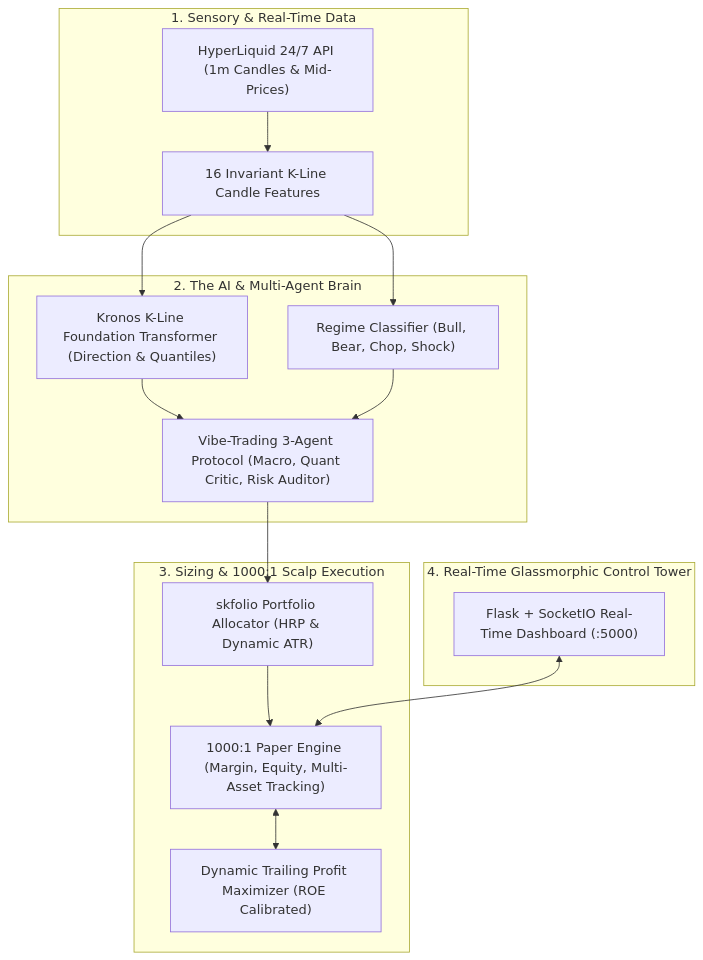
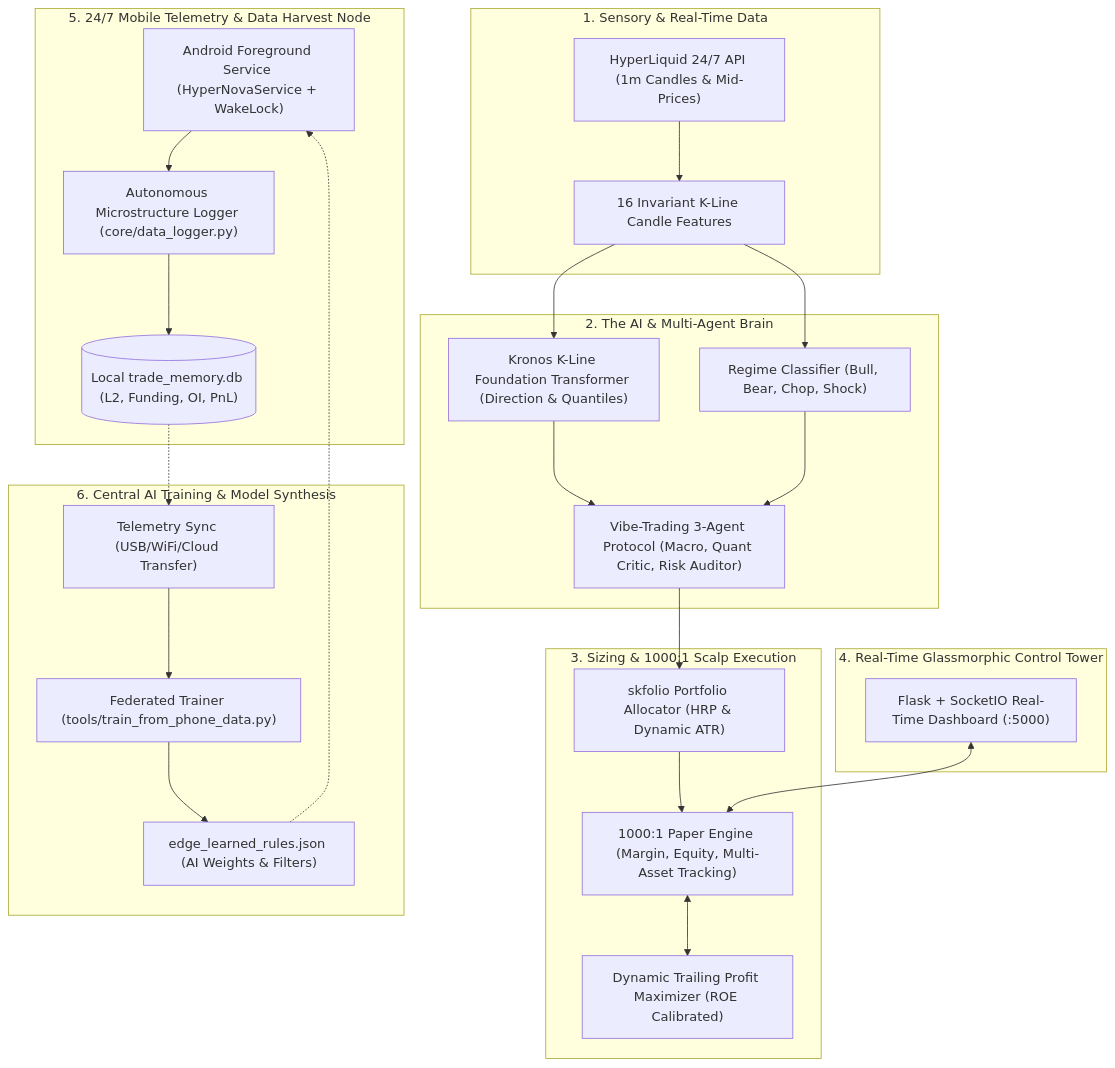
One commit to emirgocuk/HyperNova changed the diagram in memory-bank/systemPatterns.md. Above: the diagram before and after it, drawn with Mermaid. The commit also changed other lines of this file and 10 other files, not shown here.

````diff
--- a/memory-bank/systemPatterns.md
+++ b/memory-bank/systemPatterns.md
@@ -7,31 +7,52 @@
 ```mermaid
 flowchart TD
     subgraph Sensory_Data ["1. Sensory & Real-Time Data"]
         HyperLiquid_Stream["HyperLiquid 24/7 API (1m Candles & Mid-Prices)"]
         FeatureExtractor["16 Invariant K-Line Candle Features"]
         HyperLiquid_Stream --> FeatureExtractor
     end
 
     subgraph The_Brain ["2. The AI & Multi-Agent Brain"]
         Kronos["Kronos K-Line Foundation Transformer (Direction & Quantiles)"]
         Regime["Regime Classifier (Bull, Bear, Chop, Shock)"]
         Vibe_Deliberation["Vibe-Trading 3-Agent Protocol (Macro, Quant Critic, Risk Auditor)"]
         FeatureExtractor --> Kronos
         FeatureExtractor --> Regime
         Kronos & Regime --> Vibe_Deliberation
     end
 
     subgraph Portfolio_Execution ["3. Sizing & 1000:1 Scalp Execution"]
         Skfolio_Alloc["skfolio Portfolio Allocator (HRP & Dynamic ATR)"]
         Paper_Account["1000:1 Paper Engine (Margin, Equity, Multi-Asset Tracking)"]
         Trailing_Engine["Dynamic Trailing Profit Maximizer (ROE Calibrated)"]
         Vibe_Deliberation --> Skfolio_Alloc
         Skfolio_Alloc --> Paper_Account
         Paper_Account <--> Trailing_Engine
     end
 
+
     subgraph Control_Tower ["4. Real-Time Glassmorphic Control Tower"]
         Dashboard["Flask + SocketIO Real-Time Dashboard (:5000)"]
         Dashboard <--> Paper_Account
     end
+
+    subgraph Edge_Mobile_Collector ["5. 24/7 Mobile Telemetry & Data Harvest Node"]
+        Phone_Service["Android Foreground Service (HyperNovaService + WakeLock)"]
+        Data_Logger["Autonomous Microstructure Logger (core/data_logger.py)"]
+        Local_DB[("Local trade_memory.db (L2, Funding, OI, PnL)")]
+        
+        Phone_Service --> Data_Logger
+        Data_Logger --> Local_DB
+    end
+
+    subgraph Central_AI_Hub ["6. Central AI Training & Model Synthesis"]
+        DB_Sync["Telemetry Sync (USB/WiFi/Cloud Transfer)"]
+        Trainer["Federated Trainer (tools/train_from_phone_data.py)"]
+        Learned_Rules["edge_learned_rules.json (AI Weights & Filters)"]
+
+        Local_DB -.-> DB_Sync
+        DB_Sync --> Trainer
+        Trainer --> Learned_Rules
+        Learned_Rules -.-> Phone_Service
+    end
 ```
````
